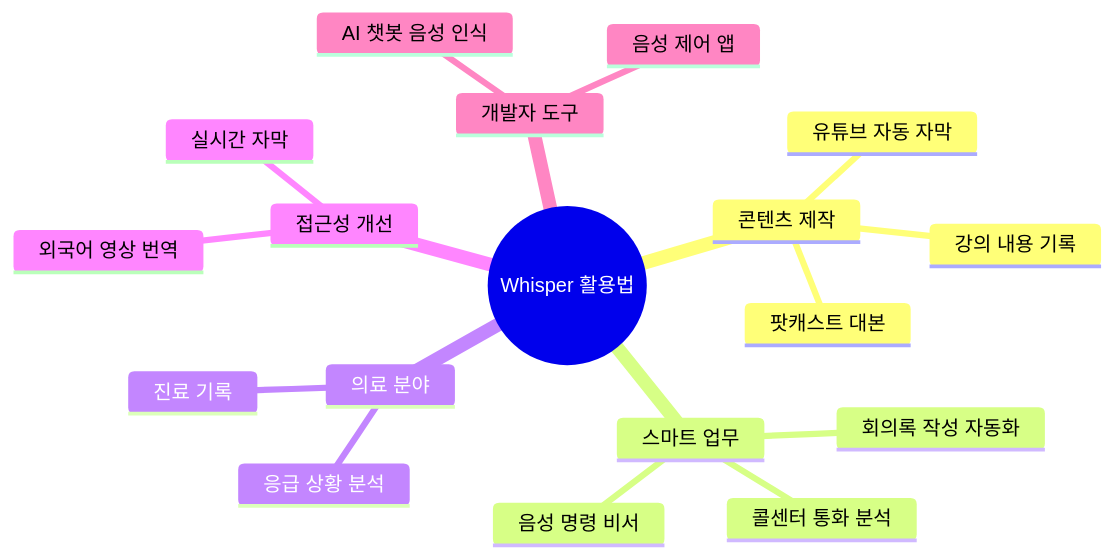
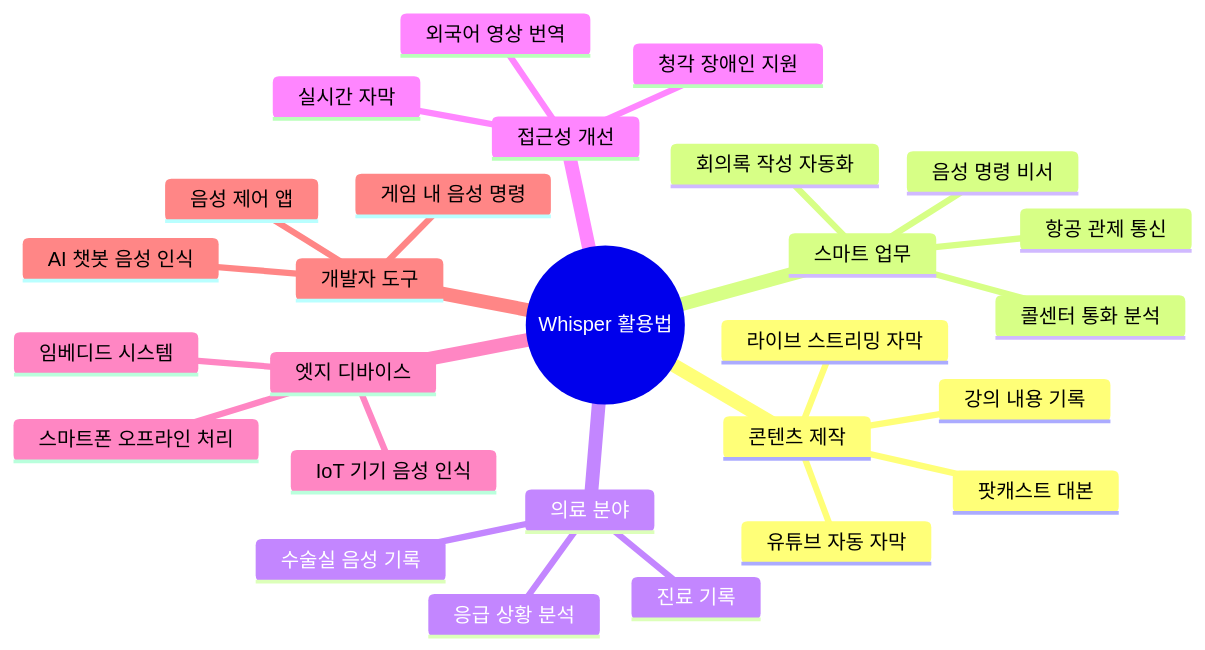
The seventh of 10 diagrams in _posts/2025-08-04-openai-whisper-comprehensive-guide.md (welnailetter-bot/welnailetter-bot.github.io), drawn with Mermaid before and after one commit. The commit also changed other lines of this file and 6 other files, not shown here.

```diff
--- a/_posts/2025-08-04-openai-whisper-comprehensive-guide.md
+++ b/_posts/2025-08-04-openai-whisper-comprehensive-guide.md
@@ -313,21 +607,30 @@
 <div class="mermaid">
 mindmap
   root((Whisper 활용법))
     콘텐츠 제작
       유튜브 자동 자막
       팟캐스트 대본
       강의 내용 기록
+      라이브 스트리밍 자막
     스마트 업무
       회의록 작성 자동화
       콜센터 통화 분석
       음성 명령 비서
+      항공 관제 통신
     의료 분야
       진료 기록
       응급 상황 분석
+      수술실 음성 기록
     접근성 개선
       실시간 자막
       외국어 영상 번역
+      청각 장애인 지원
+    엣지 디바이스
+      IoT 기기 음성 인식
+      스마트폰 오프라인 처리
+      임베디드 시스템
     개발자 도구
       음성 제어 앱
       AI 챗봇 음성 인식
+      게임 내 음성 명령
 </div>
```
